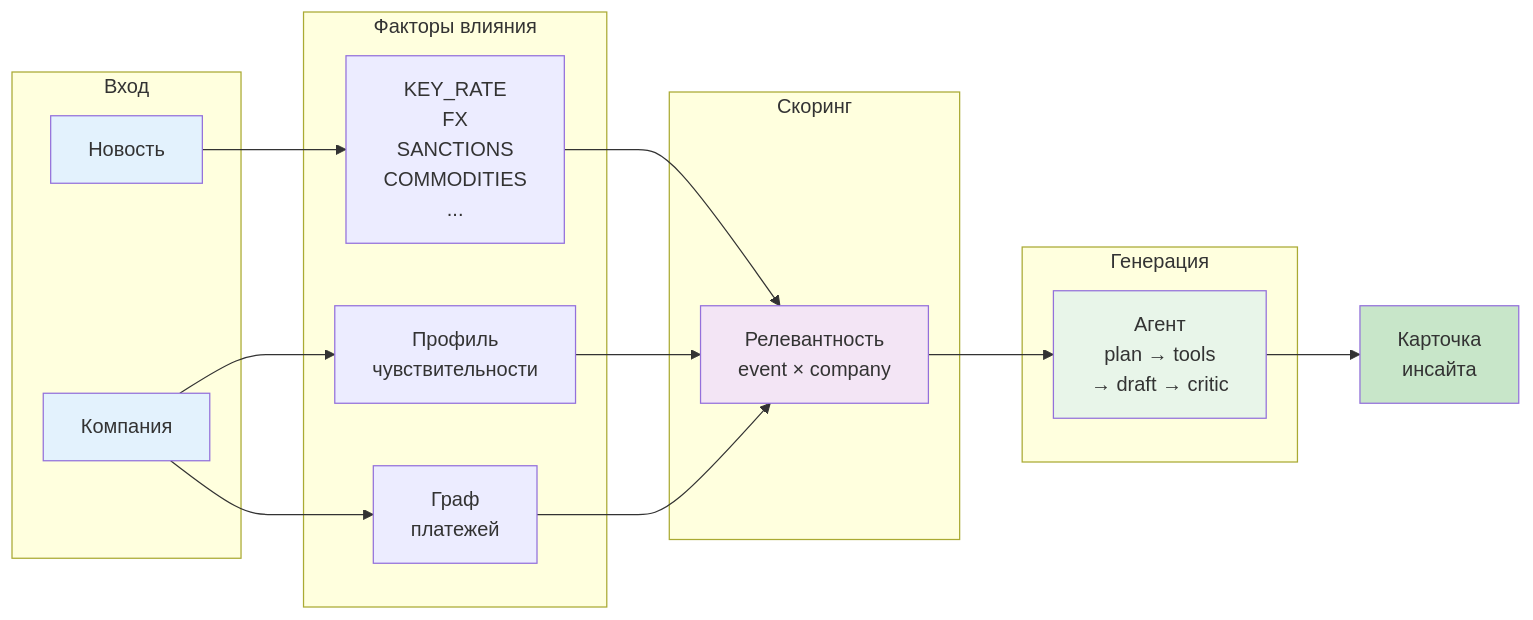
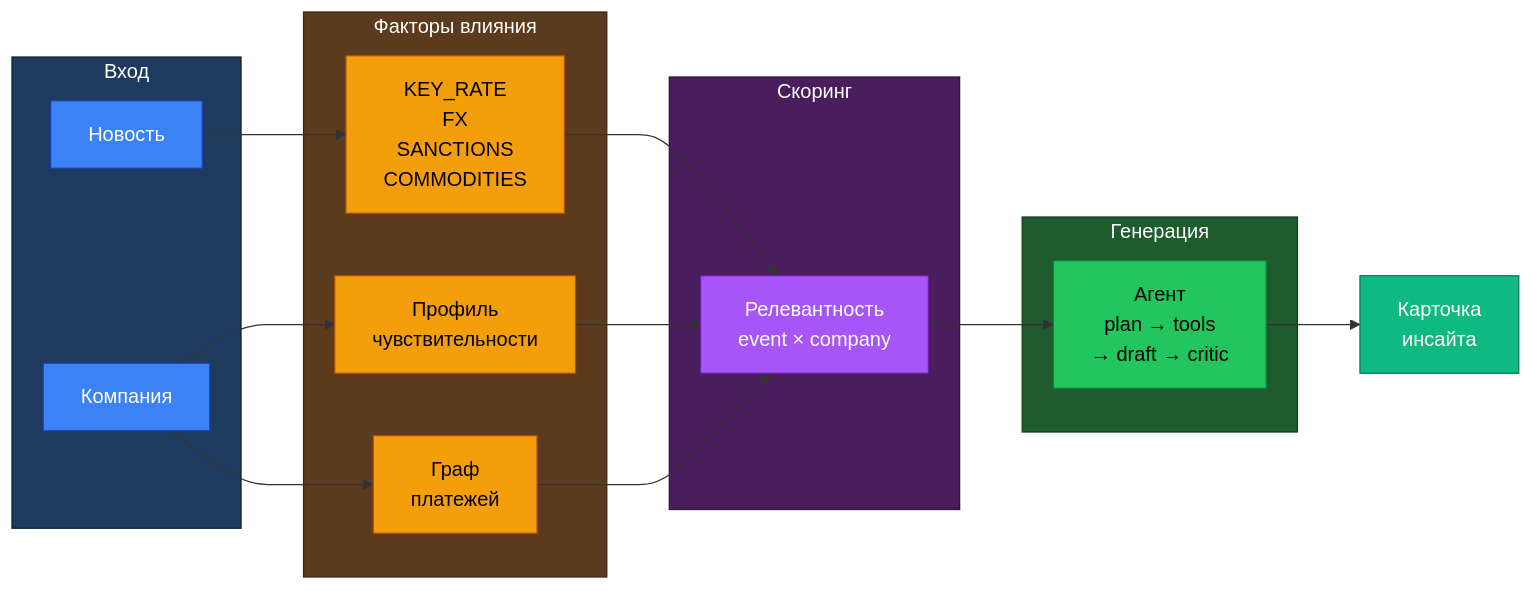
Before and after one commit to Demonrux/alfa-news-insights: the diagram in README.md, drawn with Mermaid.

````diff
--- a/README.md
+++ b/README.md
@@ -12,38 +12,50 @@
 ```mermaid
 flowchart LR
     subgraph INPUT["Вход"]
-        N[Новость]
-        C[Компания]
+        N["Новость"]
+        C["Компания"]
     end
 
     subgraph FACTORS["Факторы влияния"]
-        F[KEY_RATE<br/>FX<br/>SANCTIONS<br/>COMMODITIES<br/>...]
-        P[Профиль<br/>чувствительности]
-        G[Граф<br/>платежей]
+        F["KEY_RATE<br/>FX<br/>SANCTIONS<br/>COMMODITIES"]
+        P["Профиль<br/>чувствительности"]
+        G["Граф<br/>платежей"]
     end
 
     subgraph SCORE["Скоринг"]
-        R[Релевантность<br/>event × company]
+        R["Релевантность<br/>event × company"]
     end
 
     subgraph GENERATE["Генерация"]
-        A[Агент<br/>plan → tools<br/>→ draft → critic]
+        A["Агент<br/>plan → tools<br/>→ draft → critic"]
     end
 
-    K[Карточка<br/>инсайта]
+    K["Карточка<br/>инсайта"]
 
     N --> F
     C --> P
     C --> G
     F --> R
     P --> R
     G --> R
     R --> A
     A --> K
 
-    style N fill:#e3f2fd
-    style C fill:#e3f2fd
-    style R fill:#f3e5f5
-    style A fill:#e8f5e9
-    style K fill:#c8e6c9
+    style INPUT fill:#1e3a5f,stroke:#0d1f33,color:#ffffff
+    style FACTORS fill:#5c3a1e,stroke:#3d2612,color:#ffffff
+    style SCORE fill:#4a1e5c,stroke:#2d123a,color:#ffffff
+    style GENERATE fill:#1e5c2d,stroke:#123a1c,color:#ffffff
+
+    style N fill:#3b82f6,stroke:#1e40af,color:#ffffff
+    style C fill:#3b82f6,stroke:#1e40af,color:#ffffff
+
+    style F fill:#f59e0b,stroke:#b45309,color:#000000
+    style P fill:#f59e0b,stroke:#b45309,color:#000000
+    style G fill:#f59e0b,stroke:#b45309,color:#000000
+
+    style R fill:#a855f7,stroke:#6b21a8,color:#ffffff
+
+    style A fill:#22c55e,stroke:#15803d,color:#000000
+
+    style K fill:#10b981,stroke:#047857,color:#ffffff
 ```
````
